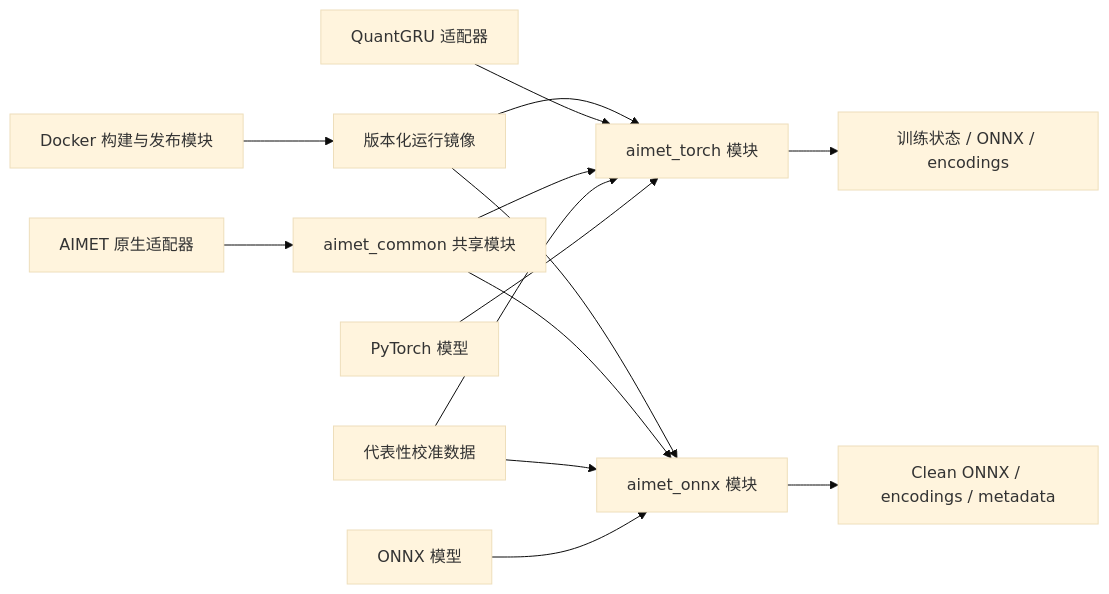
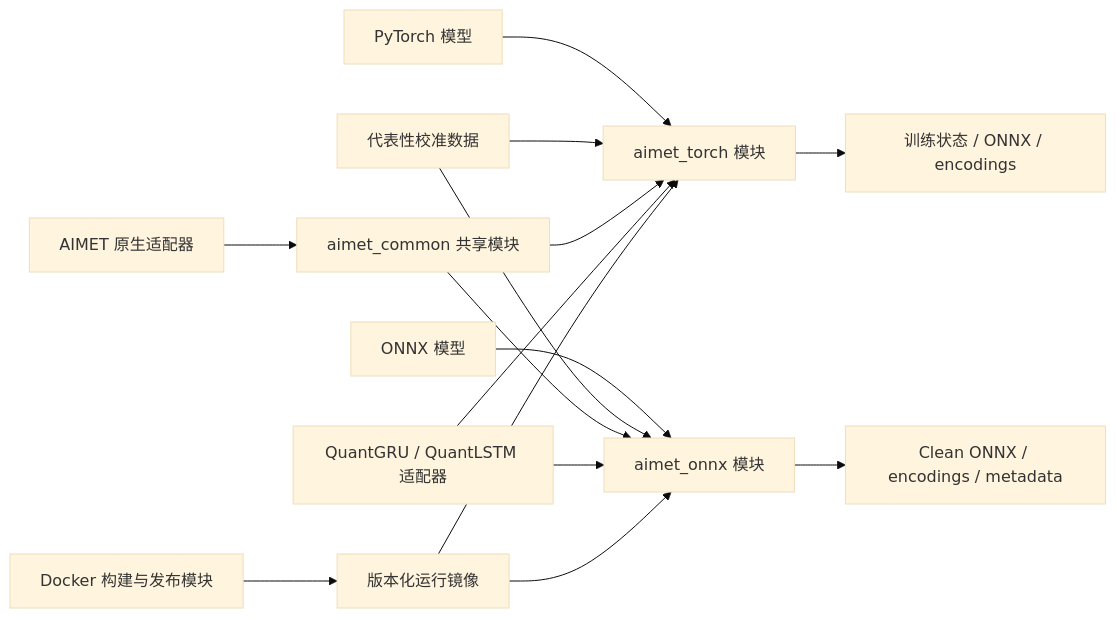
The first of 4 diagrams in docs/architecture.md (reexen-tech/rx-met), drawn with Mermaid (base theme) before and after one commit. The commit also changed other lines of this file and 45 other files, not shown here.

````diff
--- a/docs/architecture.md
+++ b/docs/architecture.md
@@ -22,19 +22,20 @@
 ```mermaid
 flowchart LR
     TorchModel[PyTorch 模型] --> TorchFlow[aimet_torch 模块]
     OnnxModel[ONNX 模型] --> OnnxFlow[aimet_onnx 模块]
     Calibration[代表性校准数据] --> TorchFlow
     Calibration --> OnnxFlow
 
     Common[aimet_common 共享模块] --> TorchFlow
     Common --> OnnxFlow
     Native[AIMET 原生适配器] --> Common
-    QuantGRU[QuantGRU 适配器] --> TorchFlow
+    Recurrent[QuantGRU / QuantLSTM 适配器] --> TorchFlow
+    Recurrent --> OnnxFlow
 
     TorchFlow --> TorchArtifacts[训练状态 / ONNX / encodings]
     OnnxFlow --> OnnxArtifacts[Clean ONNX / encodings / metadata]
 
     Build[Docker 构建与发布模块] --> Runtime[版本化运行镜像]
     Runtime --> TorchFlow
     Runtime --> OnnxFlow
 ```
````
